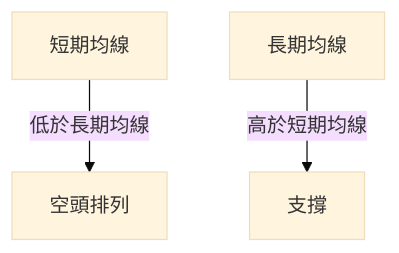
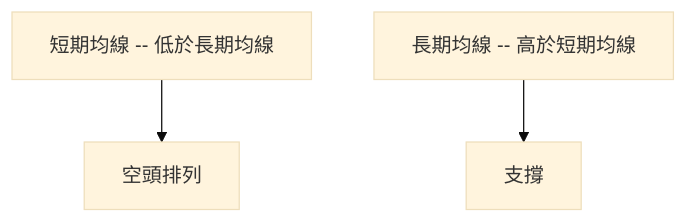
Before and after one commit to yennanliu/finance_data: the sixth of 10 diagrams in ai_gen_report/stock/onds/technical_analysis_2026-03-31_openai.md, drawn with Mermaid (base theme). The commit also changed other lines of this file and 2258 other files, not shown here.

First line of the commit message:
chore: backfill Mermaid syntax repair across existing reports

````diff
--- a/ai_gen_report/stock/onds/technical_analysis_2026-03-31_openai.md
+++ b/ai_gen_report/stock/onds/technical_analysis_2026-03-31_openai.md
@@ -237,5 +237,5 @@
 ```mermaid
 graph TD
-    短期均線 -- 低於長期均線 --> 空頭排列
-    長期均線 -- 高於短期均線 --> 支撐
+    nb1["短期均線 -- 低於長期均線"] --> 空頭排列
+    nb2["長期均線 -- 高於短期均線"] --> 支撐
 ```
````
